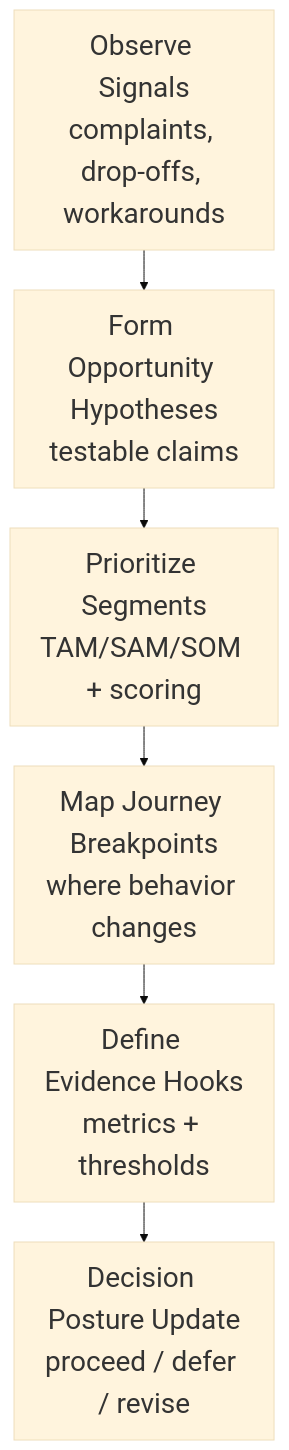
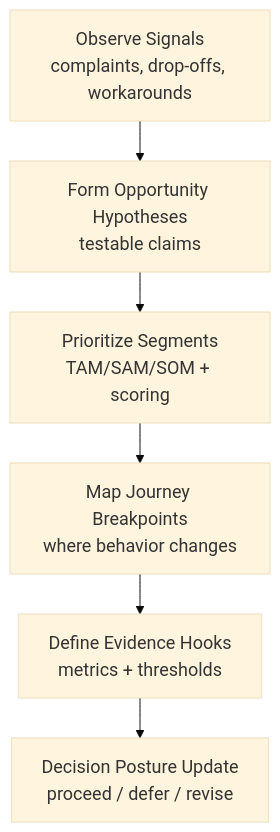
One commit to micro-canvas-framework/micro-canvas-framework.github.io changed the second of 2 diagrams in docs/book/phase-2/11-AnalyzingCustomers.md. Above: the diagram before and after it, drawn with Mermaid. The commit also changed other lines of this file and 9 other files, not shown here.

Commit message:
docs(book): normalize mermaid font size to 18px across book figures

````diff
--- a/docs/book/phase-2/11-AnalyzingCustomers.md
+++ b/docs/book/phase-2/11-AnalyzingCustomers.md
@@ -213,9 +213,9 @@
 ```mermaid
-%%{init: {"theme":"base","flowchart":{"nodeSpacing":40,"rankSpacing":40},"themeVariables":{"fontSize":"28px"}} }%%
+%%{init: {"theme":"base","flowchart":{"nodeSpacing":40,"rankSpacing":40},"themeVariables":{"fontSize":"18px"}} }%%
 flowchart TB
   A[Observe Signals<br/>complaints, drop-offs, workarounds] --> B[Form Opportunity Hypotheses<br/>testable claims]
   B --> C[Prioritize Segments<br/>TAM/SAM/SOM + scoring]
   C --> D[Map Journey Breakpoints<br/>where behavior changes]
   D --> E[Define Evidence Hooks<br/>metrics + thresholds]
   E --> F[Decision Posture Update<br/>proceed / defer / revise]
 ```
````
